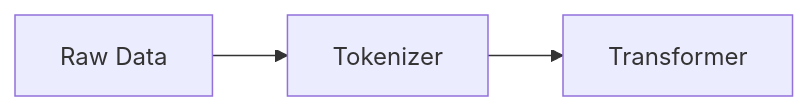
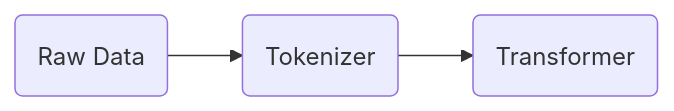
Diagram 16 of 16 in index.md (ChrisZhu2050/chriszhu2050.github.io), drawn with Mermaid before and after one commit. The commit also changed other lines of this file, not shown here.

````diff
--- a/index.md
+++ b/index.md
@@ -457,4 +457,4 @@
     ```mermaid
             graph LR
-                A["`Raw Data`"] --> B["`Tokenizer`"] --> C["`Transformer`"] 
+                A("`Raw Data`") --> B("`Tokenizer`") --> C("`Transformer`") 
     ```
````
